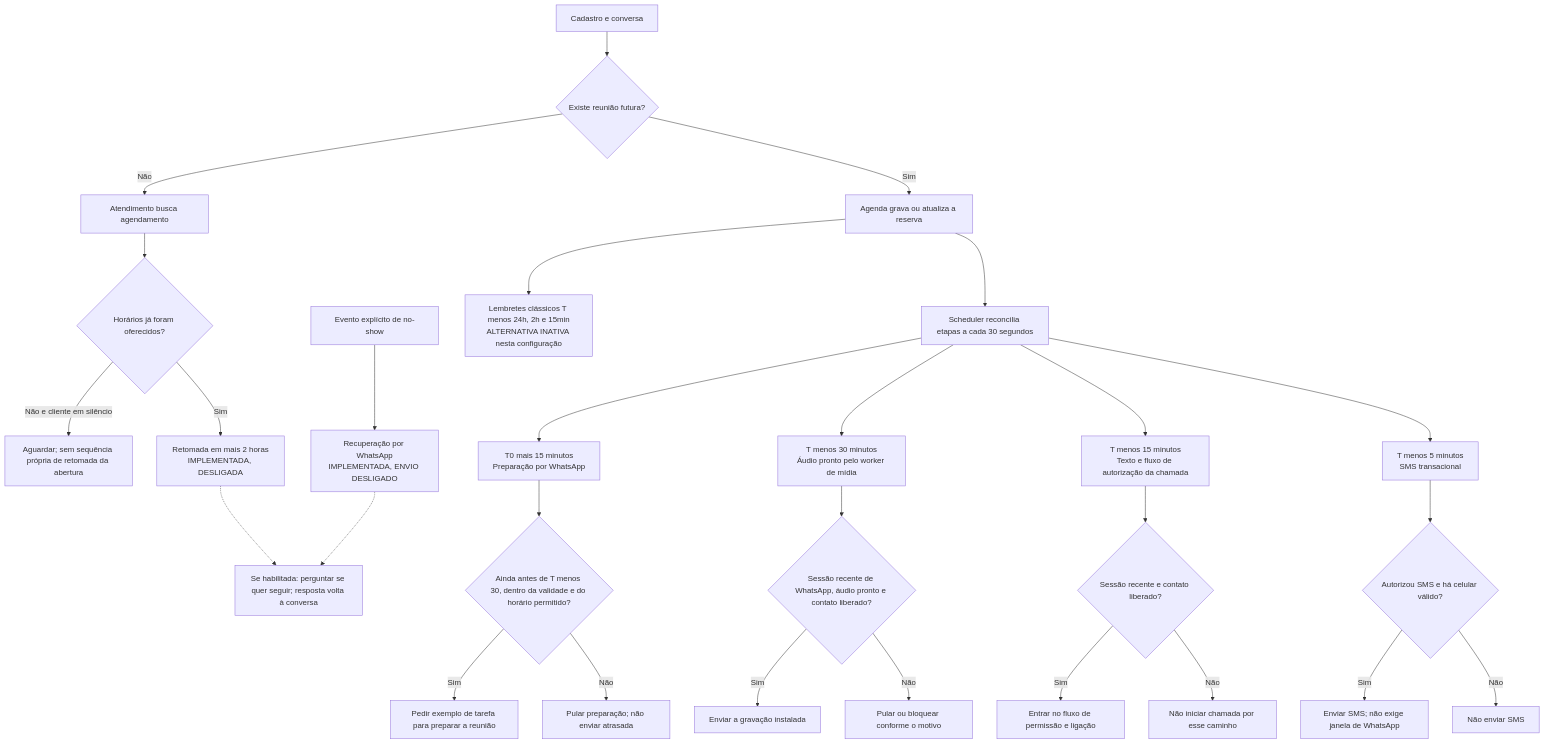
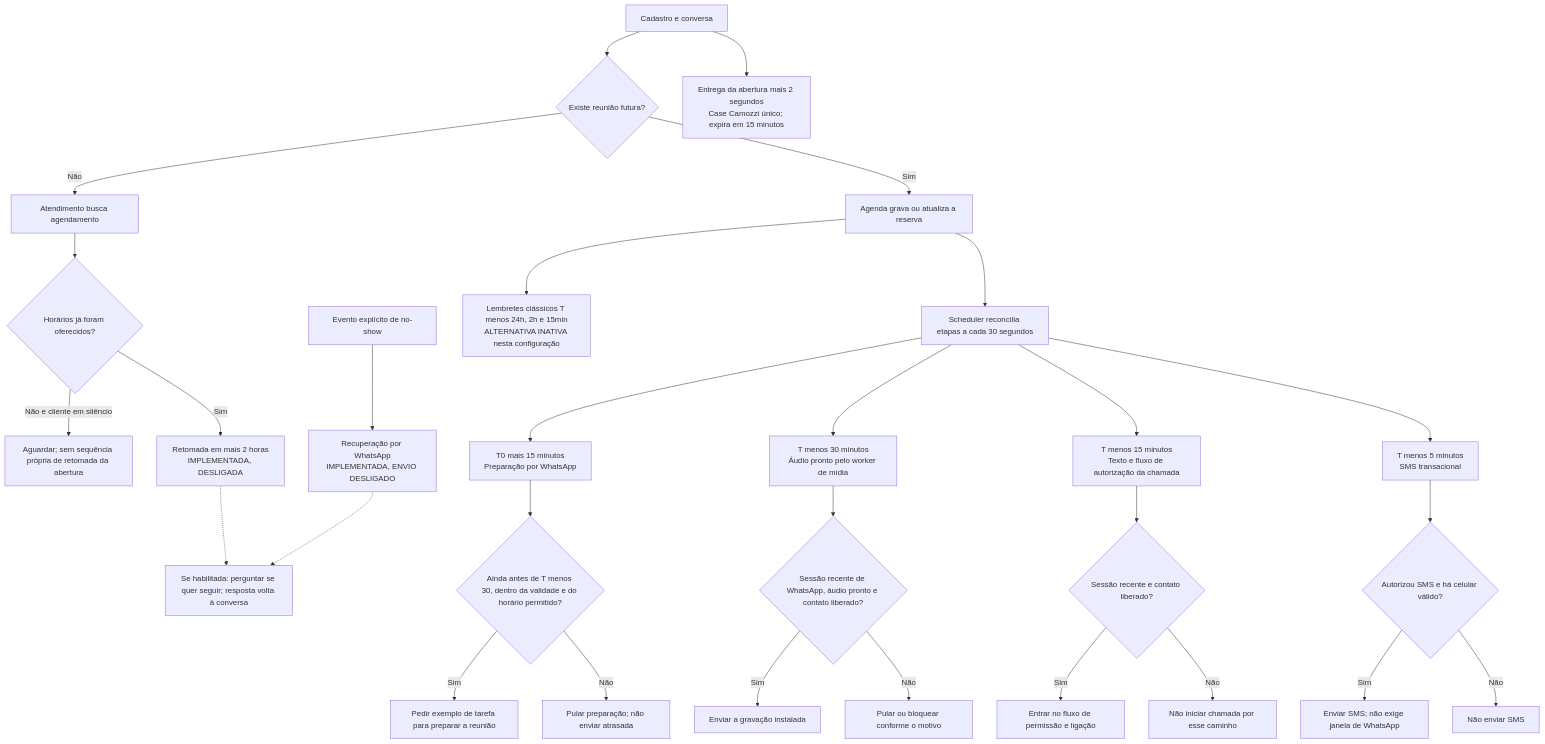
One commit to tom-lisboa/ArkomSDR changed the diagram in docs/mermaid/06-followups.mmd. Above: the diagram before and after it, drawn with Mermaid. The commit also changed 29 other files, not shown here.

Commit message:
Send Camozzi case video after the delivered WhatsApp opening

```diff
--- a/docs/mermaid/06-followups.mmd
+++ b/docs/mermaid/06-followups.mmd
@@ -1,28 +1,29 @@
 flowchart TD
     P0["Cadastro e conversa"] --> P1{"Existe reunião futura?"}
+    P0 --> PCASE["Entrega da abertura mais 2 segundos<br/>Case Camozzi único; expira em 15 minutos"]
     P1 -->|Não| PNO["Atendimento busca agendamento"]
     PNO --> PO{"Horários já foram oferecidos?"}
     PO -->|Não e cliente em silêncio| PSIL["Aguardar; sem sequência própria de retomada da abertura"]
     PO -->|Sim| P2H["Retomada em mais 2 horas<br/>IMPLEMENTADA, DESLIGADA"]
     P2H -.-> PR["Se habilitada: perguntar se quer seguir; resposta volta à conversa"]
     P1 -->|Sim| PBOOK["Agenda grava ou atualiza a reserva"]
     PBOOK --> PSCHED["Scheduler reconcilia etapas a cada 30 segundos"]
     PSCHED --> PT0["T0 mais 15 minutos<br/>Preparação por WhatsApp"]
     PSCHED --> PT30["T menos 30 minutos<br/>Áudio pronto pelo worker de mídia"]
     PSCHED --> PT15["T menos 15 minutos<br/>Texto e fluxo de autorização da chamada"]
     PSCHED --> PT5["T menos 5 minutos<br/>SMS transacional"]
     PT0 --> PC0{"Ainda antes de T menos 30, dentro da validade e do horário permitido?"}
     PC0 -->|Sim| PREP["Pedir exemplo de tarefa para preparar a reunião"]
     PC0 -->|Não| PSK0["Pular preparação; não enviar atrasada"]
     PT30 --> PC30{"Sessão recente de WhatsApp, áudio pronto e contato liberado?"}
     PC30 -->|Sim| PAUD["Enviar a gravação instalada"]
     PC30 -->|Não| PSK30["Pular ou bloquear conforme o motivo"]
     PT15 --> PC15{"Sessão recente e contato liberado?"}
     PC15 -->|Sim| PCALL["Entrar no fluxo de permissão e ligação"]
     PC15 -->|Não| PSK15["Não iniciar chamada por esse caminho"]
     PT5 --> PC5{"Autorizou SMS e há celular válido?"}
     PC5 -->|Sim| PSMS["Enviar SMS; não exige janela de WhatsApp"]
     PC5 -->|Não| PSK5["Não enviar SMS"]
     PBOOK --> POLD["Lembretes clássicos T menos 24h, 2h e 15min<br/>ALTERNATIVA INATIVA nesta configuração"]
     PE["Evento explícito de no-show"] --> PREC["Recuperação por WhatsApp<br/>IMPLEMENTADA, ENVIO DESLIGADO"]
     PREC -.-> PR
```
